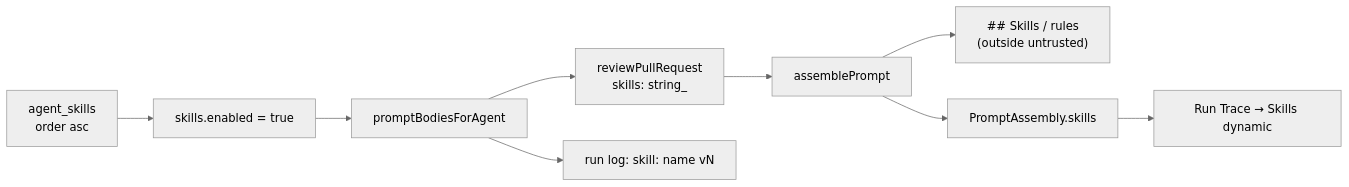
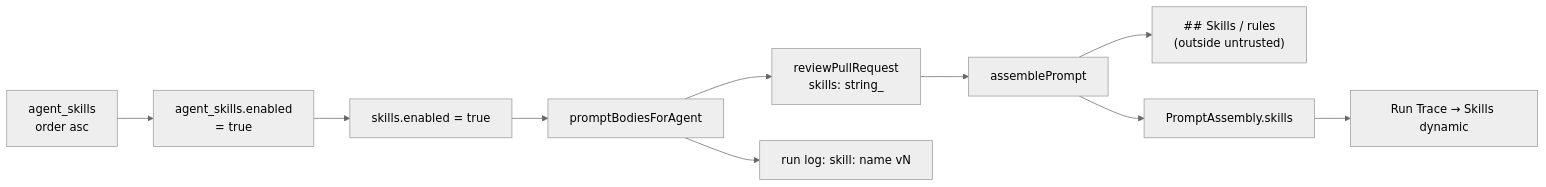
One commit to malinovskiy-alex/dev-digest changed the second of 2 diagrams in specs/L02-skills-in-the-product.md. Above: the diagram before and after it, drawn with Mermaid (neutral theme). The commit also changed other lines of this file and 21 other files, not shown here.

````diff
--- a/specs/L02-skills-in-the-product.md
+++ b/specs/L02-skills-in-the-product.md
@@ -631,11 +653,11 @@
 ```mermaid
 flowchart LR
-    A[agent_skills<br/>order asc] --> B[skills.enabled = true]
+    A[agent_skills<br/>order asc] --> A2[agent_skills.enabled<br/>= true] --> B[skills.enabled = true]
     B --> C[promptBodiesForAgent]
     C --> D[reviewPullRequest<br/>skills: string_]
     D --> E[assemblePrompt]
     E --> F["## Skills / rules<br/>(outside untrusted)"]
     E --> G[PromptAssembly.skills]
     G --> H[Run Trace → Skills dynamic]
     C --> I[run log: skill: name vN]
 ```
````
